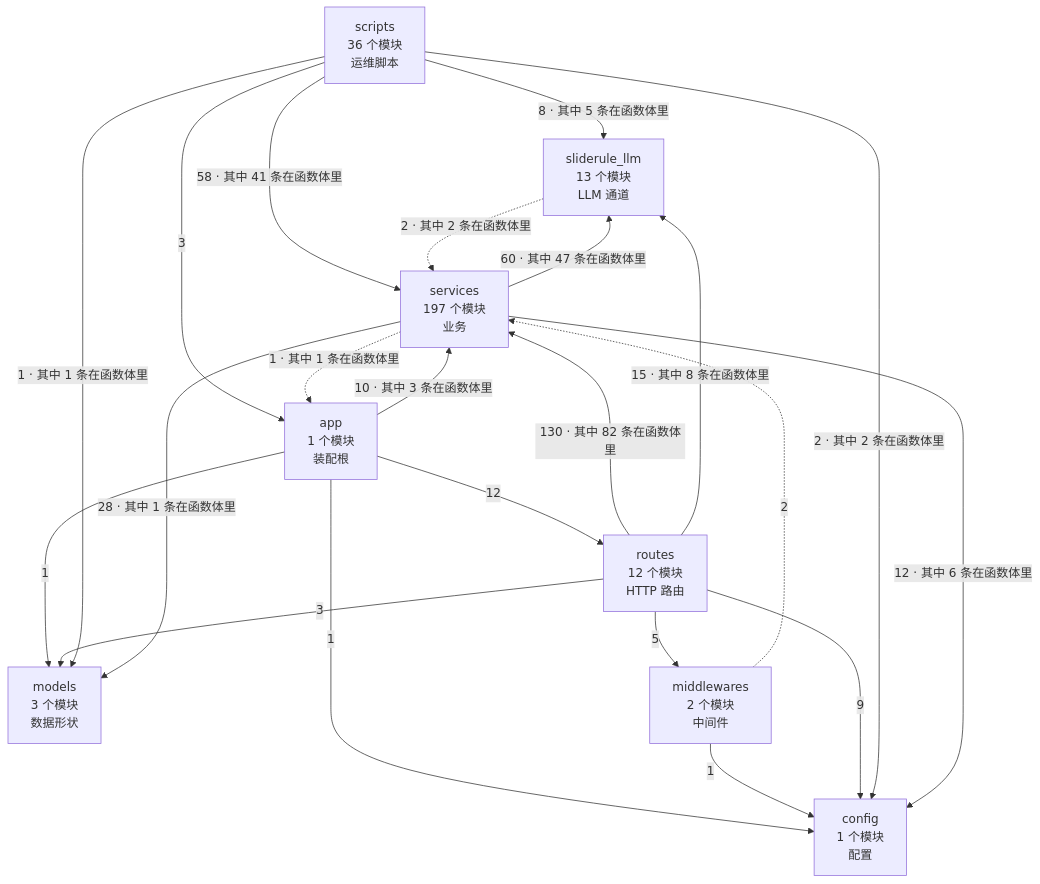
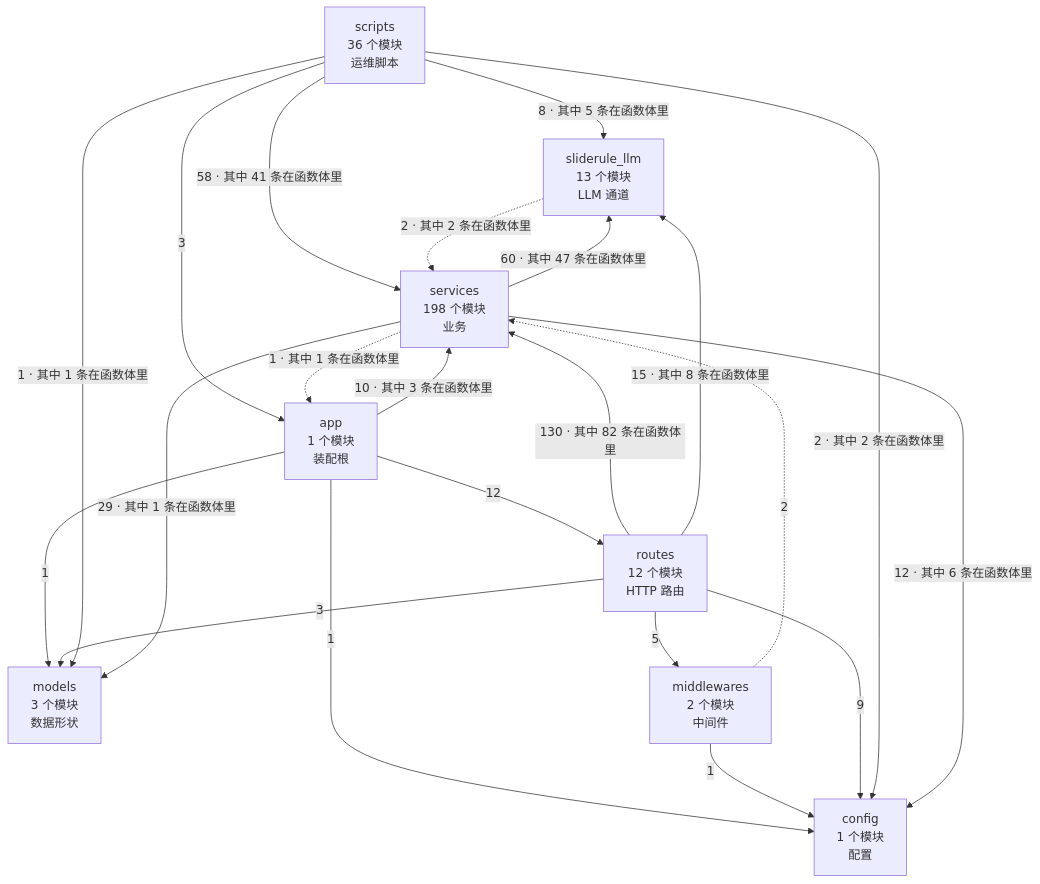
The diagram in docs/SlideRule V6.2 架构图（自动生成）.md (2686521696/WhyBuddy), drawn with Mermaid before and after one commit. The commit also changed other lines of this file and 5 other files, not shown here.

````diff
--- a/docs/SlideRule V6.2 架构图（自动生成）.md
+++ b/docs/SlideRule V6.2 架构图（自动生成）.md
@@ -35,32 +35,32 @@
 ```mermaid
 flowchart TB
   config["config<br/>1 个模块<br/>配置"]
   models["models<br/>3 个模块<br/>数据形状"]
   sliderule_llm["sliderule_llm<br/>13 个模块<br/>LLM 通道"]
   middlewares["middlewares<br/>2 个模块<br/>中间件"]
-  services["services<br/>197 个模块<br/>业务"]
+  services["services<br/>198 个模块<br/>业务"]
   routes["routes<br/>12 个模块<br/>HTTP 路由"]
   app["app<br/>1 个模块<br/>装配根"]
   scripts["scripts<br/>36 个模块<br/>运维脚本"]
   app -->|1| config
   app -->|1| models
   app -->|12| routes
   app -->|10 · 其中 3 条在函数体里| services
   middlewares -->|1| config
   middlewares -.->|2| services
   routes -->|9| config
   routes -->|5| middlewares
   routes -->|3| models
   routes -->|130 · 其中 82 条在函数体里| services
   routes -->|15 · 其中 8 条在函数体里| sliderule_llm
   scripts -->|3| app
   scripts -->|2 · 其中 2 条在函数体里| config
   scripts -->|1 · 其中 1 条在函数体里| models
   scripts -->|58 · 其中 41 条在函数体里| services
   scripts -->|8 · 其中 5 条在函数体里| sliderule_llm
   services -.->|1 · 其中 1 条在函数体里| app
   services -->|12 · 其中 6 条在函数体里| config
-  services -->|28 · 其中 1 条在函数体里| models
+  services -->|29 · 其中 1 条在函数体里| models
   services -->|60 · 其中 47 条在函数体里| sliderule_llm
   sliderule_llm -.->|2 · 其中 2 条在函数体里| services
 ```
````
